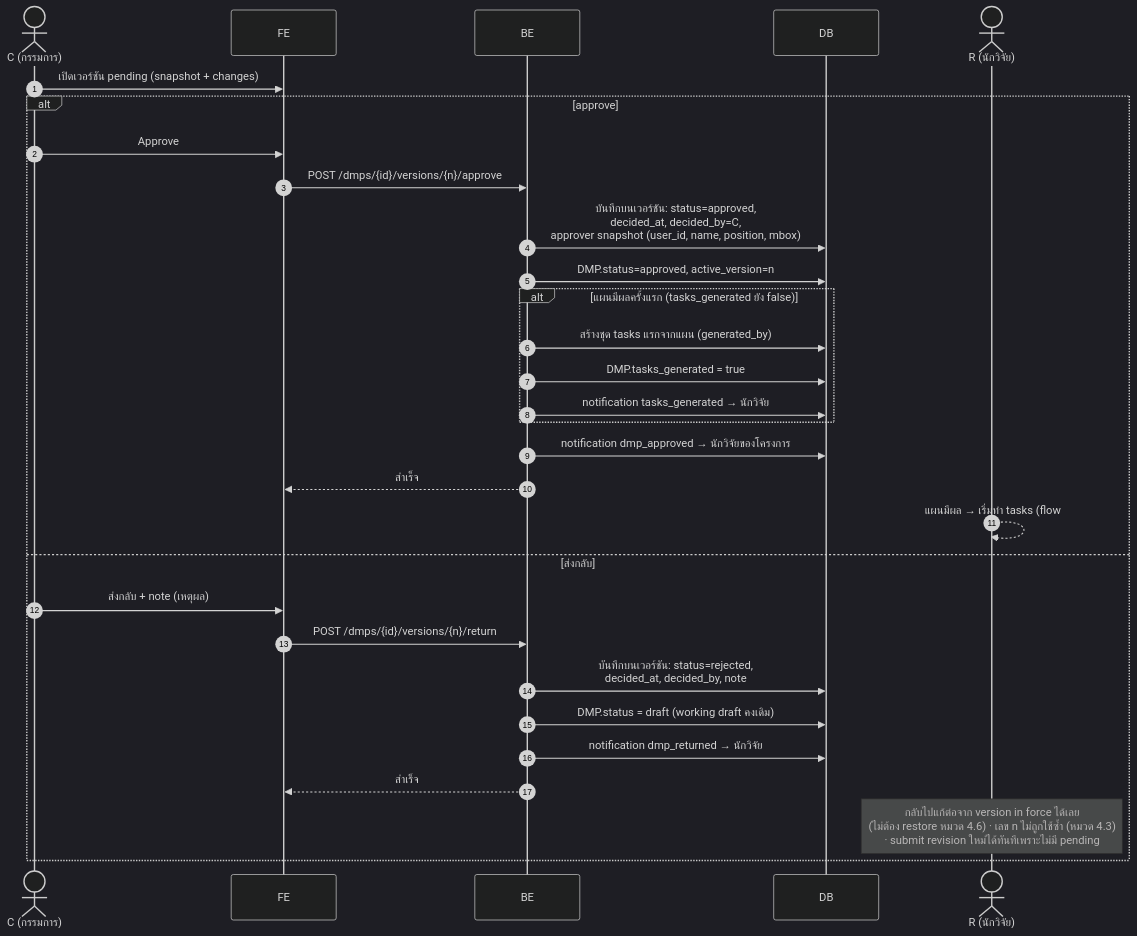
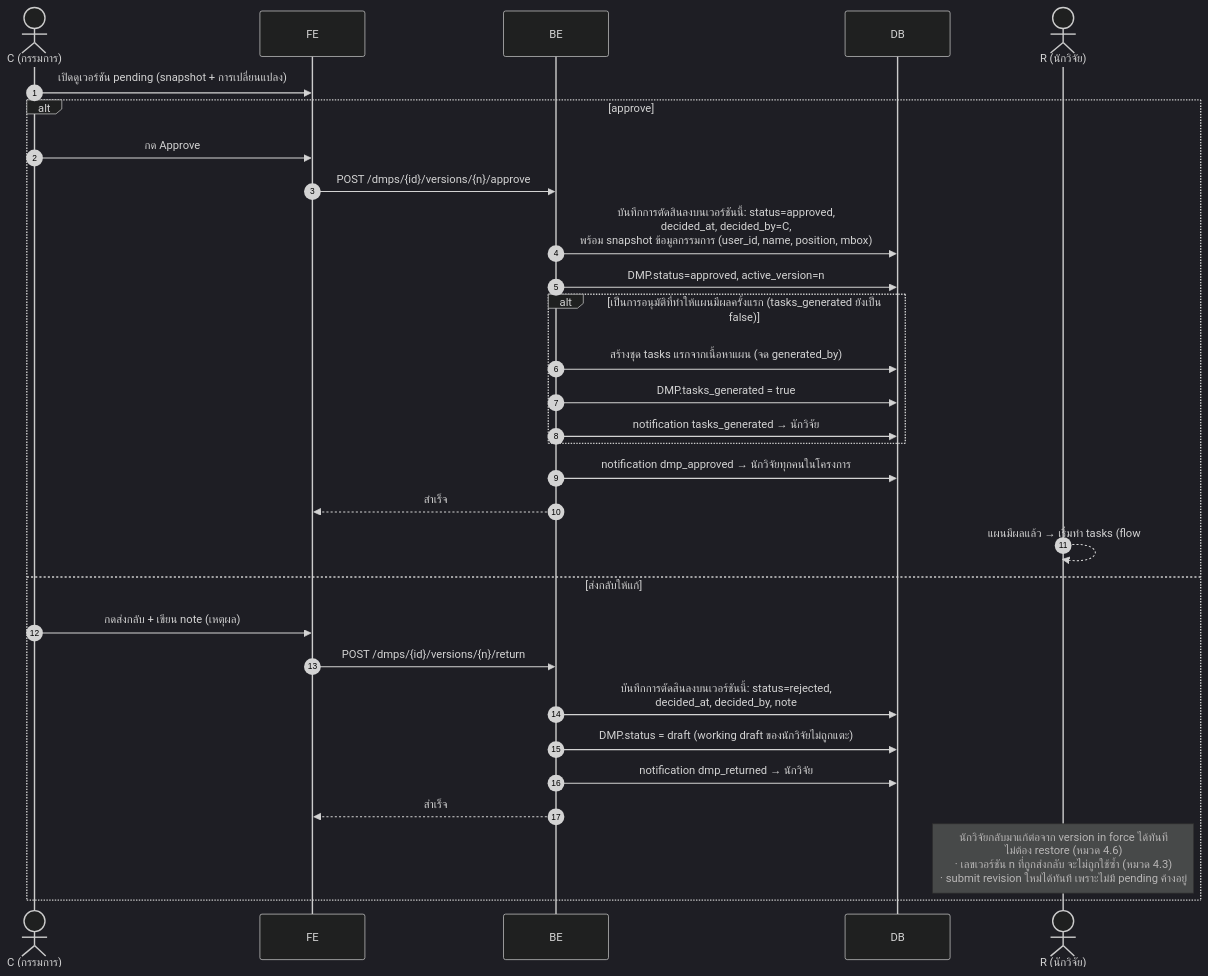
One commit to Open-Science-and-Data-management/Backend changed the sixth of 14 diagrams in docs/architecture/sequence-diagrams.md. Above: the diagram before and after it, drawn with Mermaid (dark theme). The commit also changed other lines of this file and 15 other files, not shown here.

````diff
--- a/docs/architecture/sequence-diagrams.md
+++ b/docs/architecture/sequence-diagrams.md
@@ -225,33 +251,33 @@
 ```mermaid
 sequenceDiagram
     autonumber
     actor C as C (กรรมการ)
     participant FE as FE
     participant BE as BE
     participant DB as DB
     actor R as R (นักวิจัย)
 
-    C->>FE: เปิดเวอร์ชัน pending (snapshot + changes)
+    C->>FE: เปิดดูเวอร์ชัน pending (snapshot + การเปลี่ยนแปลง)
     alt approve
-        C->>FE: Approve
+        C->>FE: กด Approve
         FE->>BE: POST /dmps/{id}/versions/{n}/approve
-        BE->>DB: บันทึกบนเวอร์ชัน: status=approved,<br/>decided_at, decided_by=C,<br/>approver snapshot (user_id, name, position, mbox)
+        BE->>DB: บันทึกการตัดสินลงบนเวอร์ชันนี้: status=approved,<br/>decided_at, decided_by=C,<br/>พร้อม snapshot ข้อมูลกรรมการ (user_id, name, position, mbox)
         BE->>DB: DMP.status=approved, active_version=n
-        alt แผนมีผลครั้งแรก (tasks_generated ยัง false)
-            BE->>DB: สร้างชุด tasks แรกจากแผน (generated_by)
+        alt เป็นการอนุมัติที่ทำให้แผนมีผลครั้งแรก (tasks_generated ยังเป็น false)
+            BE->>DB: สร้างชุด tasks แรกจากเนื้อหาแผน (จด generated_by)
             BE->>DB: DMP.tasks_generated = true
             BE->>DB: notification tasks_generated → นักวิจัย
         end
-        BE->>DB: notification dmp_approved → นักวิจัยของโครงการ
+        BE->>DB: notification dmp_approved → นักวิจัยทุกคนในโครงการ
         BE-->>FE: สำเร็จ
-        R-->>R: แผนมีผล → เริ่มทำ tasks (flow #12)
-    else ส่งกลับ
-        C->>FE: ส่งกลับ + note (เหตุผล)
+        R-->>R: แผนมีผลแล้ว → เริ่มทำ tasks (flow #12)
+    else ส่งกลับให้แก้
+        C->>FE: กดส่งกลับ + เขียน note (เหตุผล)
         FE->>BE: POST /dmps/{id}/versions/{n}/return
-        BE->>DB: บันทึกบนเวอร์ชัน: status=rejected,<br/>decided_at, decided_by, note
-        BE->>DB: DMP.status = draft (working draft คงเดิม)
+        BE->>DB: บันทึกการตัดสินลงบนเวอร์ชันนี้: status=rejected,<br/>decided_at, decided_by, note
+        BE->>DB: DMP.status = draft (working draft ของนักวิจัยไม่ถูกแตะ)
         BE->>DB: notification dmp_returned → นักวิจัย
         BE-->>FE: สำเร็จ
-        Note over R: กลับไปแก้ต่อจาก version in force ได้เลย<br/>(ไม่ต้อง restore หมวด 4.6) · เลข n ไม่ถูกใช้ซ้ำ (หมวด 4.3)<br/>· submit revision ใหม่ได้ทันทีเพราะไม่มี pending
+        Note over R: นักวิจัยกลับมาแก้ต่อจาก version in force ได้ทันที<br/>ไม่ต้อง restore (หมวด 4.6)<br/>· เลขเวอร์ชัน n ที่ถูกส่งกลับ จะไม่ถูกใช้ซ้ำ (หมวด 4.3)<br/>· submit revision ใหม่ได้ทันที เพราะไม่มี pending ค้างอยู่
     end
 ```
````
